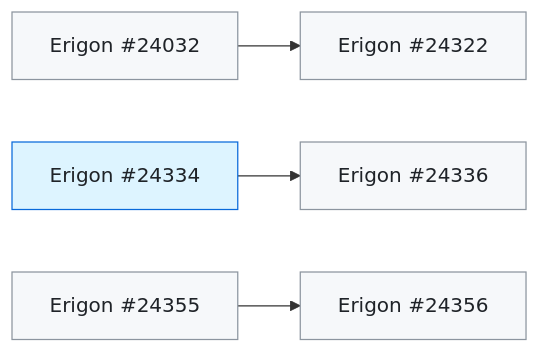
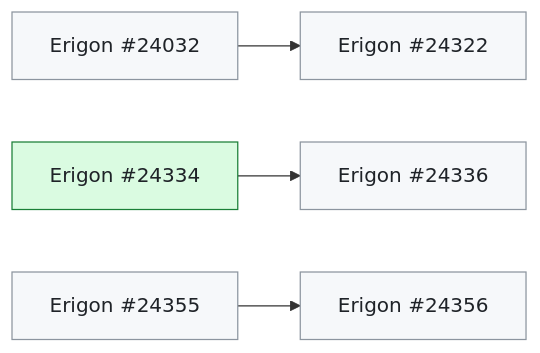
Before and after one commit to banteg/trace-interop: the first of 3 diagrams in docs/client-fixes.md, drawn with Mermaid. The commit also changed other lines of this file and 2251 other files, not shown here.

````diff
--- a/docs/client-fixes.md
+++ b/docs/client-fixes.md
@@ -32,14 +32,14 @@
 ```mermaid
 flowchart LR
   Erigon_24322["Erigon #24322"]:::open
   Erigon_24032["Erigon #24032"]:::open
   Erigon_24336["Erigon #24336"]:::open
-  Erigon_24334["Erigon #24334"]:::merged
+  Erigon_24334["Erigon #24334"]:::in_measured_build
   Erigon_24356["Erigon #24356"]:::open
   Erigon_24355["Erigon #24355"]:::open
   Erigon_24032 --> Erigon_24322
   Erigon_24334 --> Erigon_24336
   Erigon_24355 --> Erigon_24356
   classDef open fill:#f6f8fa,stroke:#8c959f,color:#1f2328
-  classDef merged fill:#ddf4ff,stroke:#0969da,color:#1f2328
+  classDef in_measured_build fill:#dafbe1,stroke:#1a7f37,color:#1f2328
 ```
````
